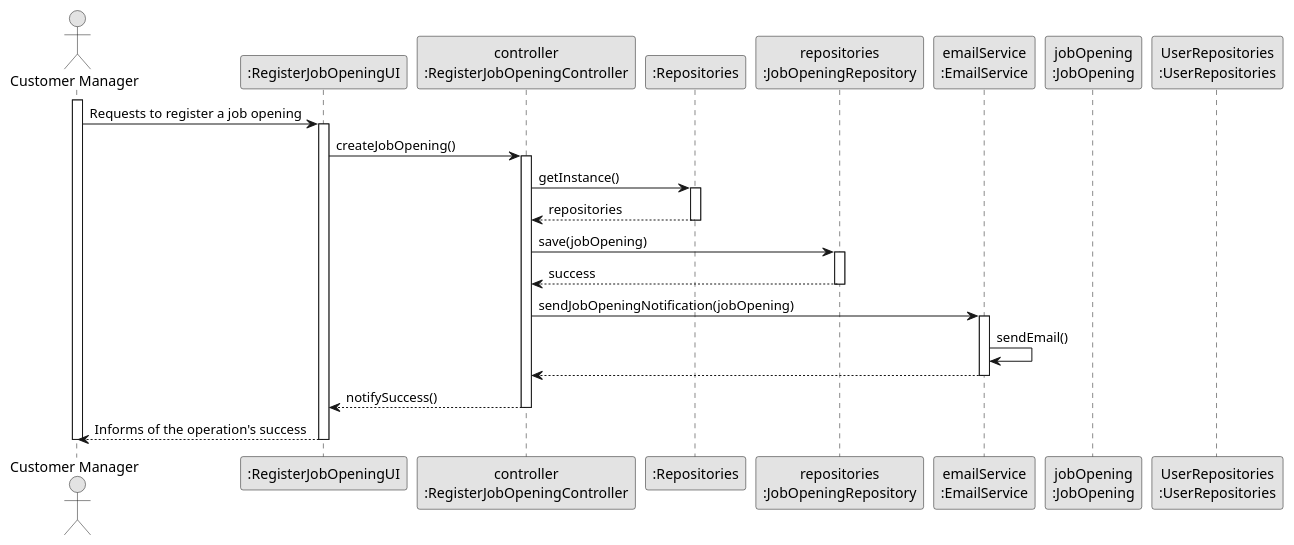
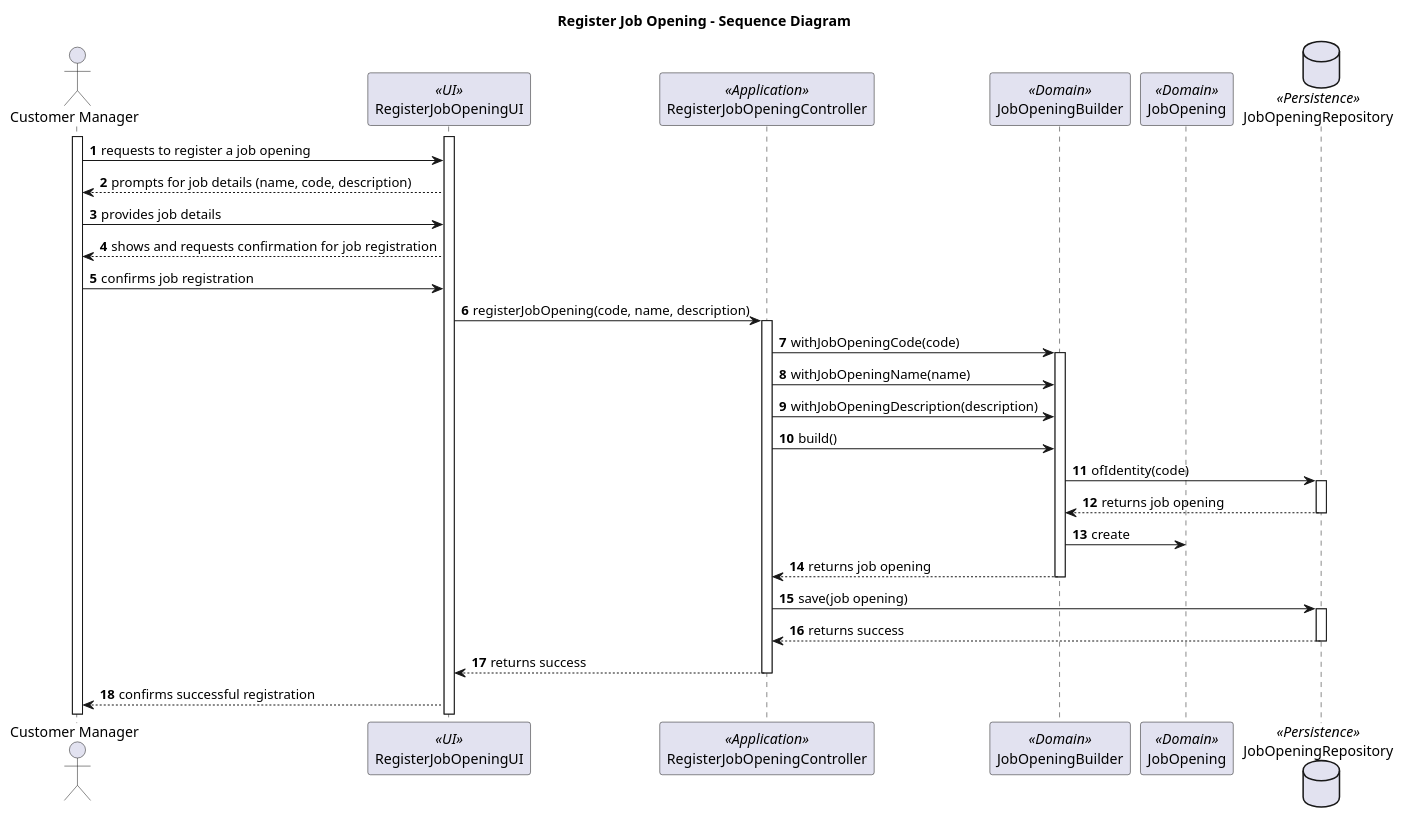
The diagram in docs/sprintB/1002/1002-sequence-diagram.puml (marcoferreira37/Lapr4), drawn with PlantUML before and after one commit. The commit also changed 3 other files, not shown here.

```diff
--- a/docs/sprintB/1002/1002-sequence-diagram.puml
+++ b/docs/sprintB/1002/1002-sequence-diagram.puml
@@ -1,51 +1,57 @@
 @startuml
-skinparam monochrome true
-skinparam packageStyle rectangle
-skinparam shadowing false
 
-actor "Customer Manager" as Manager
-participant ":RegisterJobOpeningUI" as UI
-participant "controller\n:RegisterJobOpeningController" as CTRL
-participant ":Repositories" as RepositorySingleton
-participant "repositories\n:JobOpeningRepository" as JOREPO
-participant "emailService\n:EmailService" as EMSERV
-participant "jobOpening\n:JobOpening" as JOB
-participant "UserRepositories\n:UserRepositories" as EMREPO
-activate Manager
+title Register Job Opening - Sequence Diagram
 
-Manager -> UI : Requests to register a job opening
+autonumber
+actor "Customer Manager" as M
+participant RegisterJobOpeningUI as UI <<UI>>
+participant RegisterJobOpeningController as Controller <<Application>>
+participant JobOpeningBuilder as JB <<Domain>>
+participant JobOpening as JO <<Domain>>
+database JobOpeningRepository as JRepo <<Persistence>>
+
+activate M
 activate UI
 
-UI -> CTRL : createJobOpening()
-activate CTRL
+M -> UI : requests to register a job opening
 
-CTRL -> RepositorySingleton : getInstance()
-activate RepositorySingleton
+UI --> M :prompts for job details (name, code, description)
 
-RepositorySingleton --> CTRL : repositories
+M -> UI : provides job details
 
-deactivate RepositorySingleton
+UI --> M : shows and requests confirmation for job registration
 
-CTRL -> JOREPO : save(jobOpening)
-activate JOREPO
+M -> UI : confirms job registration
 
-JOREPO --> CTRL : success
+UI -> Controller: registerJobOpening(code, name, description)
 
-deactivate JOREPO
+activate Controller
 
-CTRL -> EMSERV : sendJobOpeningNotification(jobOpening)
-activate EMSERV
+Controller -> JB: withJobOpeningCode(code)
+activate JB
+Controller -> JB: withJobOpeningName(name)
+Controller -> JB: withJobOpeningDescription(description)
+Controller -> JB: build()
 
-EMSERV -> EMSERV : sendEmail()
-EMSERV --> CTRL
+JB -> JRepo: ofIdentity(code)
+activate JRepo
 
-deactivate EMSERV
+JRepo --> JB: returns job opening
+deactivate JRepo
+JB -> JO: create
+JB --> Controller: returns job opening
+deactivate JB
 
-CTRL --> UI : notifySuccess()
-deactivate CTRL
 
-UI --> Manager : Informs of the operation's success
 
-deactivate UI
-deactivate Manager
+Controller -> JRepo: save(job opening)
+activate JRepo
+
+JRepo --> Controller: returns success
+deactivate JRepo
+Controller --> UI: returns success
+deactivate Controller
+
+UI --> M: confirms successful registration
+
 @enduml
```
